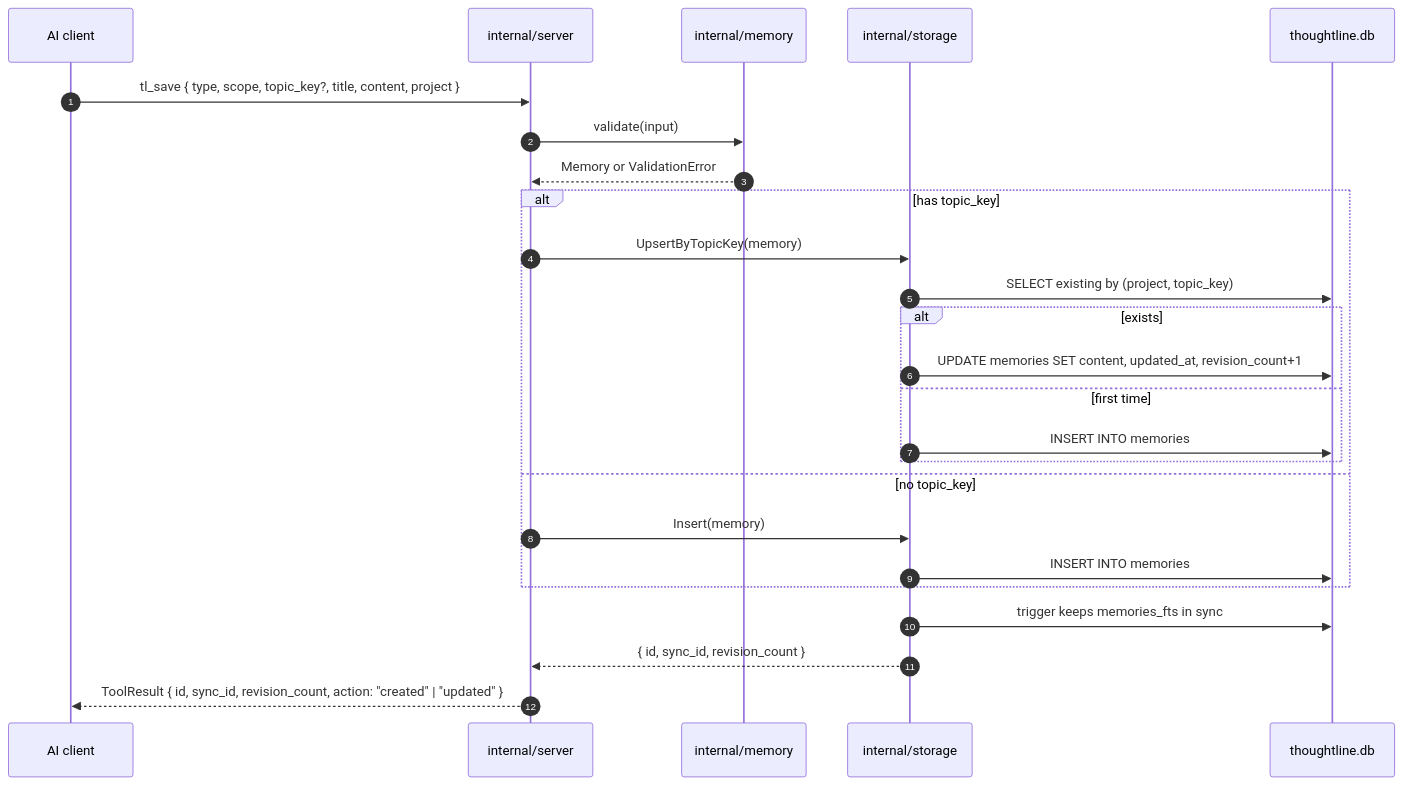
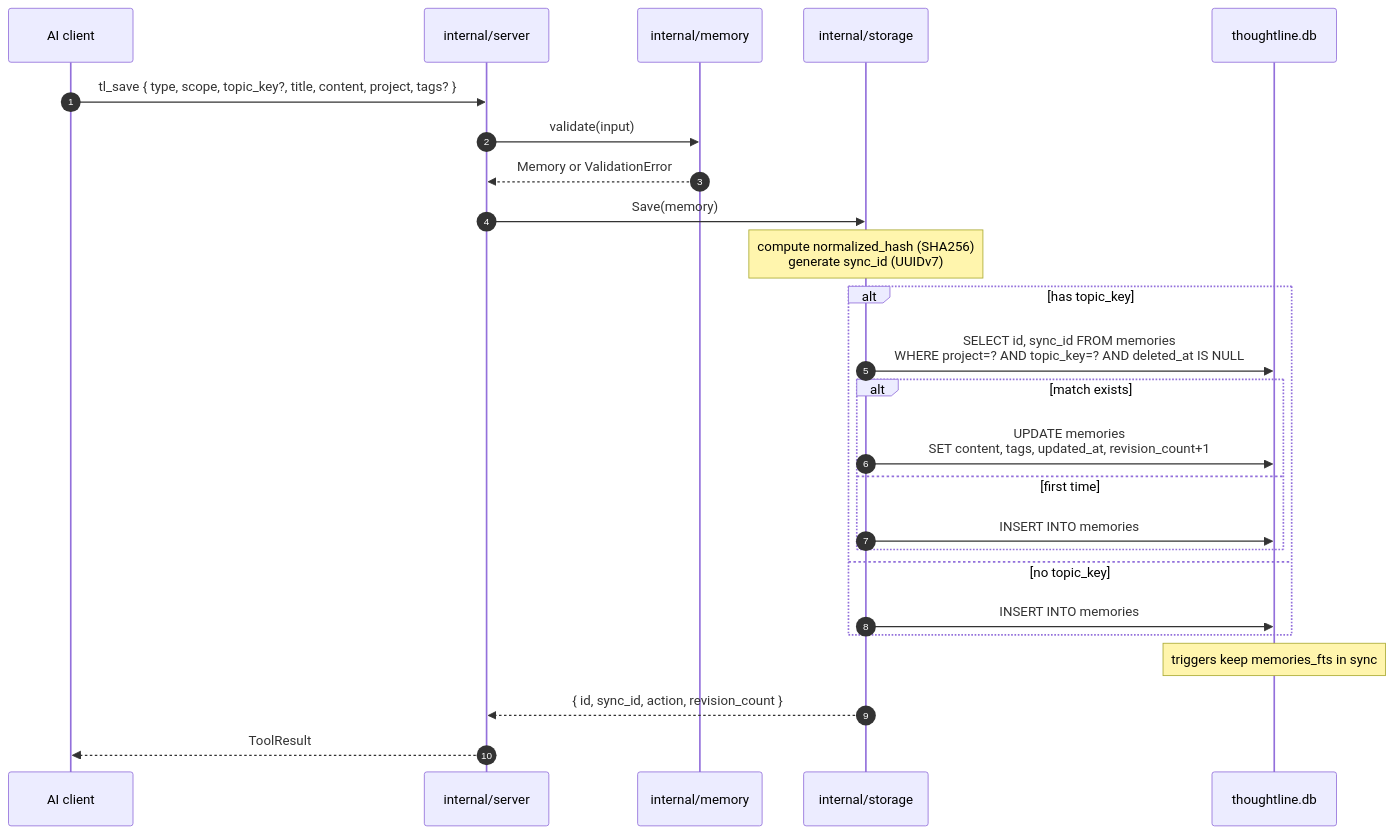
One commit to AgusLoza2021/Thoughtline changed the second of 3 diagrams in docs/ARCHITECTURE.md. Above: the diagram before and after it, drawn with Mermaid. The commit also changed other lines of this file and 9 other files, not shown here.

````diff
--- a/docs/ARCHITECTURE.md
+++ b/docs/ARCHITECTURE.md
@@ -85,28 +156,28 @@
 ```mermaid
 sequenceDiagram
     autonumber
     participant Cli as AI client
     participant Srv as internal/server
     participant Mem as internal/memory
     participant Sto as internal/storage
     participant DB as thoughtline.db
 
-    Cli->>Srv: tl_save { type, scope, topic_key?, title, content, project }
+    Cli->>Srv: tl_save { type, scope, topic_key?, title, content, project, tags? }
     Srv->>Mem: validate(input)
     Mem-->>Srv: Memory or ValidationError
+    Srv->>Sto: Save(memory)
+    Note over Sto: compute normalized_hash (SHA256)<br/>generate sync_id (UUIDv7)
     alt has topic_key
-      Srv->>Sto: UpsertByTopicKey(memory)
-      Sto->>DB: SELECT existing by (project, topic_key)
-      alt exists
-        Sto->>DB: UPDATE memories SET content, updated_at, revision_count+1
+      Sto->>DB: SELECT id, sync_id FROM memories<br/>WHERE project=? AND topic_key=? AND deleted_at IS NULL
+      alt match exists
+        Sto->>DB: UPDATE memories<br/>SET content, tags, updated_at, revision_count+1
       else first time
         Sto->>DB: INSERT INTO memories
       end
     else no topic_key
-      Srv->>Sto: Insert(memory)
       Sto->>DB: INSERT INTO memories
     end
-    Sto->>DB: trigger keeps memories_fts in sync
-    Sto-->>Srv: { id, sync_id, revision_count }
-    Srv-->>Cli: ToolResult { id, sync_id, revision_count, action: "created" | "updated" }
+    Note over DB: triggers keep memories_fts in sync
+    Sto-->>Srv: { id, sync_id, action, revision_count }
+    Srv-->>Cli: ToolResult
 ```
````
